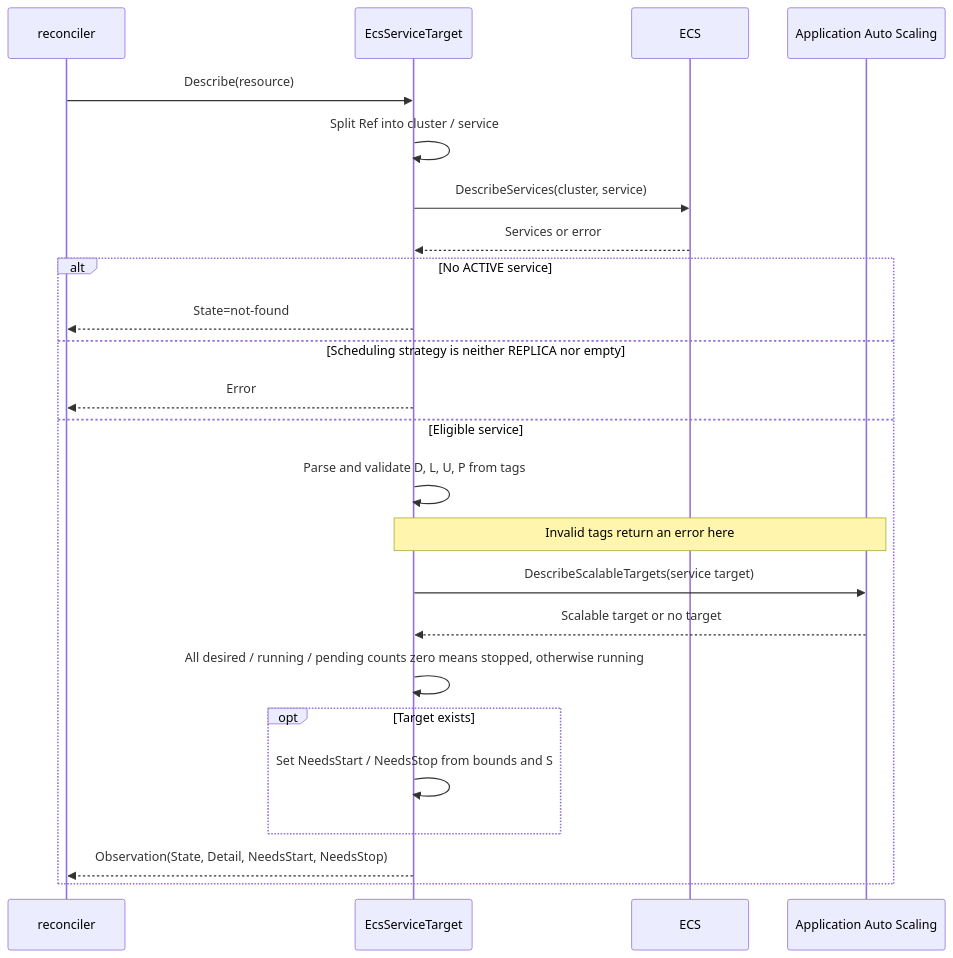
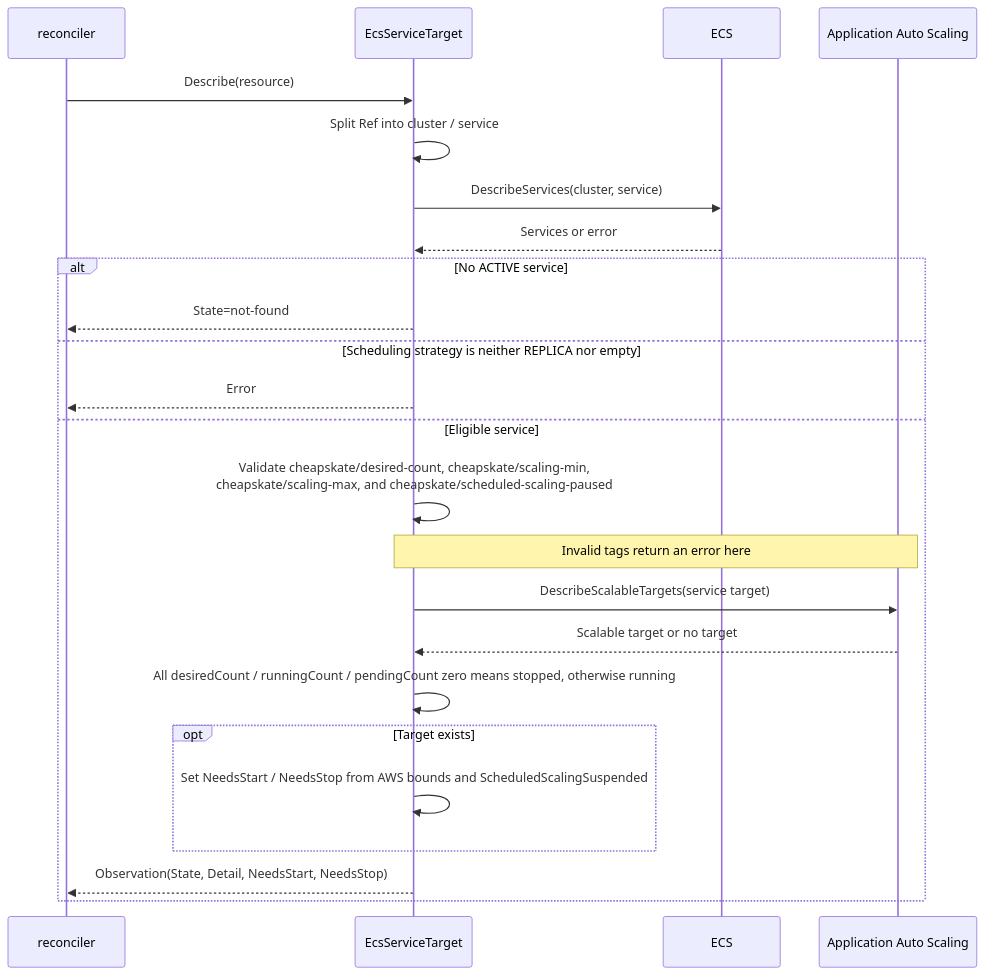
The fifth of 9 diagrams in docs/en/development/resource_sequence.md (moepig/cheapskate), drawn with Mermaid before and after one commit. The commit also changed other lines of this file and 63 other files, not shown here.

````diff
--- a/docs/en/development/resource_sequence.md
+++ b/docs/en/development/resource_sequence.md
@@ -193,26 +186,26 @@
 ```mermaid
 sequenceDiagram
-    participant R as reconciler
-    participant A as EcsServiceTarget
-    participant E as ECS
-    participant S as Application Auto Scaling
-    R->>A: Describe(resource)
-    A->>A: Split Ref into cluster / service
-    A->>E: DescribeServices(cluster, service)
-    E-->>A: Services or error
+    participant Reconciler as reconciler
+    participant Adapter as EcsServiceTarget
+    participant EcsAPI as ECS
+    participant AutoScaling as Application Auto Scaling
+    Reconciler->>Adapter: Describe(resource)
+    Adapter->>Adapter: Split Ref into cluster / service
+    Adapter->>EcsAPI: DescribeServices(cluster, service)
+    EcsAPI-->>Adapter: Services or error
     alt No ACTIVE service
-        A-->>R: State=not-found
+        Adapter-->>Reconciler: State=not-found
     else Scheduling strategy is neither REPLICA nor empty
-        A-->>R: Error
+        Adapter-->>Reconciler: Error
     else Eligible service
-        A->>A: Parse and validate D, L, U, P from tags
-        Note over A,S: Invalid tags return an error here
-        A->>S: DescribeScalableTargets(service target)
-        S-->>A: Scalable target or no target
-        A->>A: All desired / running / pending counts zero means stopped, otherwise running
+        Adapter->>Adapter: Validate cheapskate/desired-count, cheapskate/scaling-min,<br/>cheapskate/scaling-max, and cheapskate/scheduled-scaling-paused
+        Note over Adapter,AutoScaling: Invalid tags return an error here
+        Adapter->>AutoScaling: DescribeScalableTargets(service target)
+        AutoScaling-->>Adapter: Scalable target or no target
+        Adapter->>Adapter: All desiredCount / runningCount / pendingCount zero means stopped, otherwise running
         opt Target exists
-            A->>A: Set NeedsStart / NeedsStop from bounds and S
+            Adapter->>Adapter: Set NeedsStart / NeedsStop from AWS bounds and ScheduledScalingSuspended
         end
-        A-->>R: Observation(State, Detail, NeedsStart, NeedsStop)
+        Adapter-->>Reconciler: Observation(State, Detail, NeedsStart, NeedsStop)
     end
 ```
````
